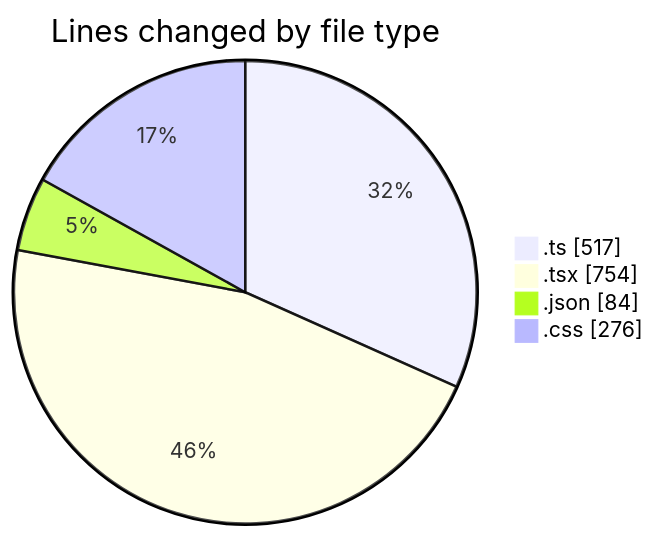
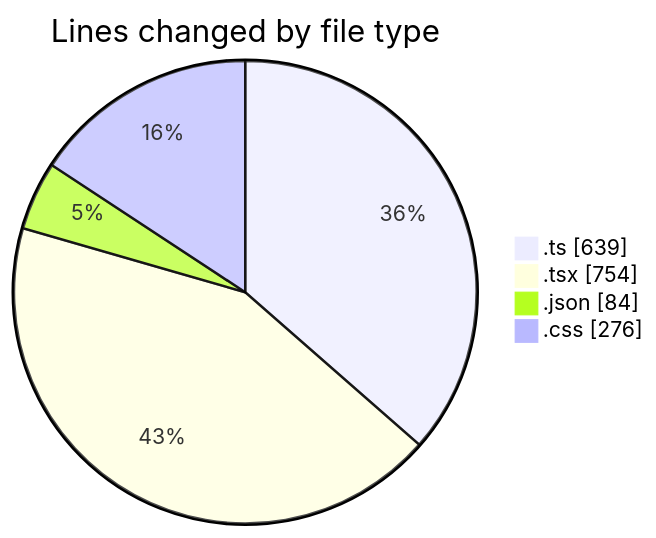
One commit to julien-gomy/code-tracking changed the first of 2 diagrams in 2025-11-24/eventscop-frontend-guide__workspace_/README.md. Above: the diagram before and after it, drawn with Mermaid. The commit also changed other lines of this file and 1 other file, not shown here.

````diff
--- a/2025-11-24/eventscop-frontend-guide__workspace_/README.md
+++ b/2025-11-24/eventscop-frontend-guide__workspace_/README.md
@@ -42,8 +44,8 @@
 ```mermaid
 pie showData
 title Lines changed by file type
-".ts" : 517
+".ts" : 639
 ".tsx" : 754
 ".json" : 84
 ".css" : 276
 ```
````
